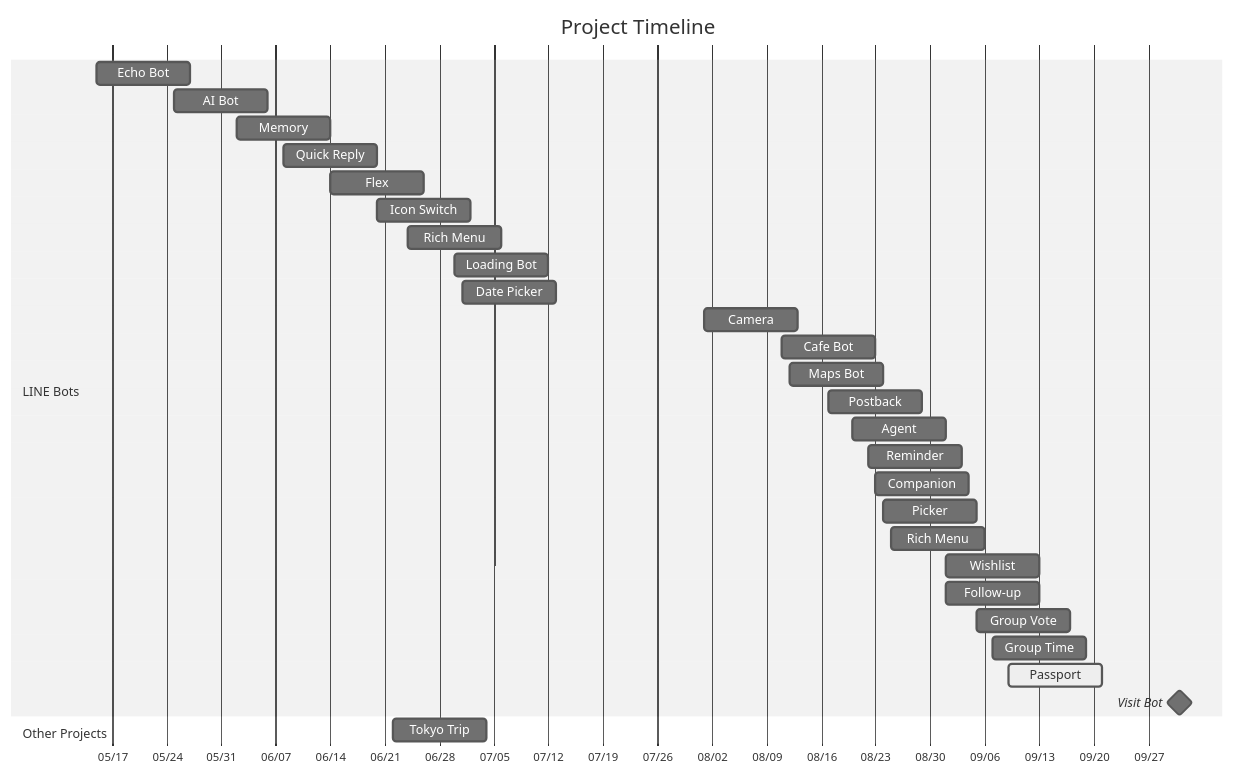
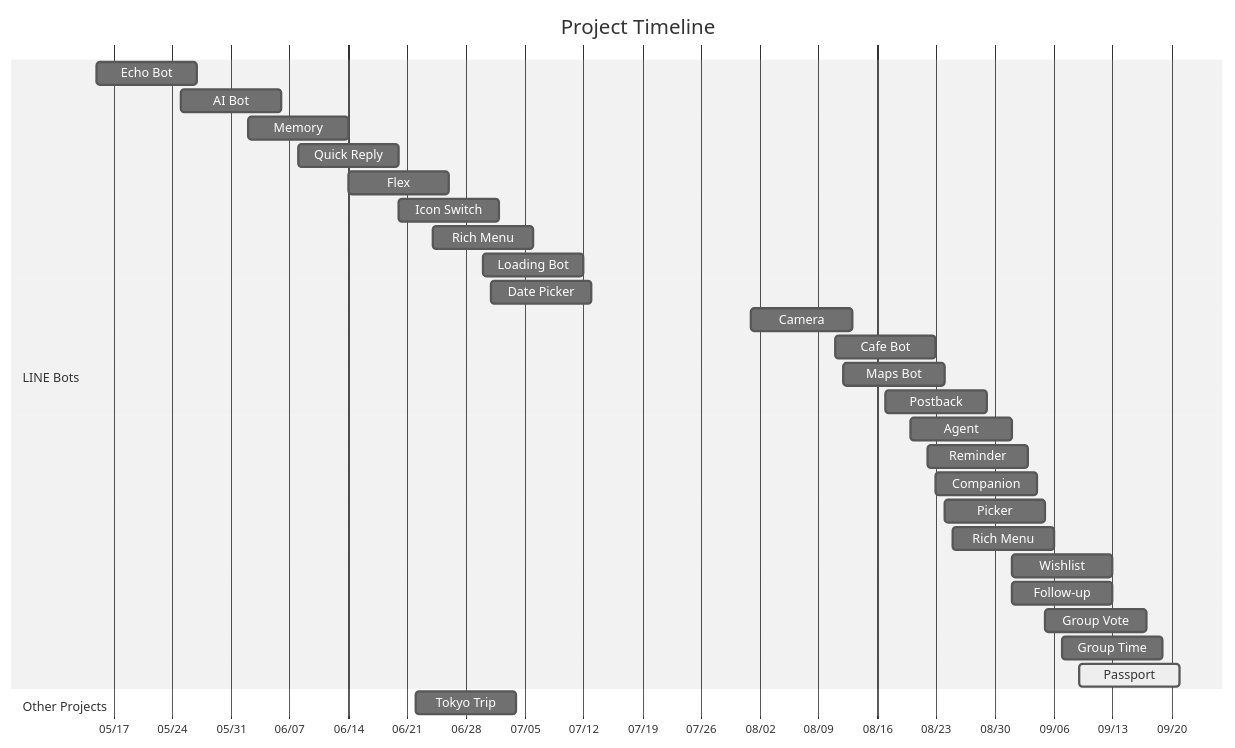
Before and after one commit to zonawang/zona-ai-learning-lab: the diagram in README.md, drawn with Mermaid (neutral theme). The commit also changed other lines of this file, not shown here.

Commit message:
docs: fix Visit Bot timeline rendering

````diff
--- a/README.md
+++ b/README.md
@@ -16,35 +16,34 @@
 ```mermaid
 gantt
     title Project Timeline
     dateFormat YYYY-MM-DD
     axisFormat %m/%d
 
     section LINE Bots
     Echo Bot      :p1, 2026-05-15, 12d
     AI Bot        :p2, 2026-05-25, 12d
     Memory        :p3, 2026-06-02, 12d
     Quick Reply   :p4, 2026-06-08, 12d
     Flex          :p5, 2026-06-14, 12d
     Icon Switch   :p6, 2026-06-20, 12d
     Rich Menu     :p8, 2026-06-24, 12d
     Loading Bot   :p9, 2026-06-30, 12d
     Date Picker   :p10, 2026-07-01, 12d
     Camera        :p11, 2026-08-01, 12d
     Cafe Bot      :p12, 2026-08-11, 12d
     Maps Bot      :p13, 2026-08-12, 12d
     Postback      :p14, 2026-08-17, 12d
     Agent         :p15, 2026-08-20, 12d
     Reminder      :p16, 2026-08-22, 12d
     Companion     :p17, 2026-08-23, 12d
     Picker        :p18, 2026-08-24, 12d
     Rich Menu     :p19, 2026-08-25, 12d
     Wishlist      :p20, 2026-09-01, 12d
     Follow-up     :p21, 2026-09-01, 12d
     Group Vote    :p22, 2026-09-05, 12d
     Group Time    :p23, 2026-09-07, 12d
     Passport      :active, p24, 2026-09-09, 12d
-    Visit Bot     :milestone, p25, 2026-10-01, 0d
 
     section Other Projects
     Tokyo Trip    :p7, 2026-06-22, 12d
 ```
````
